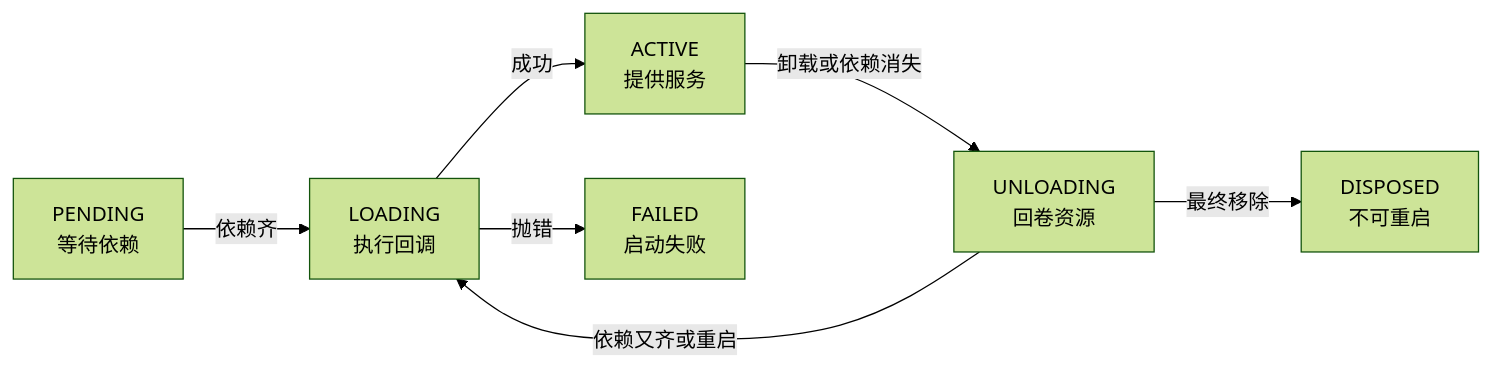
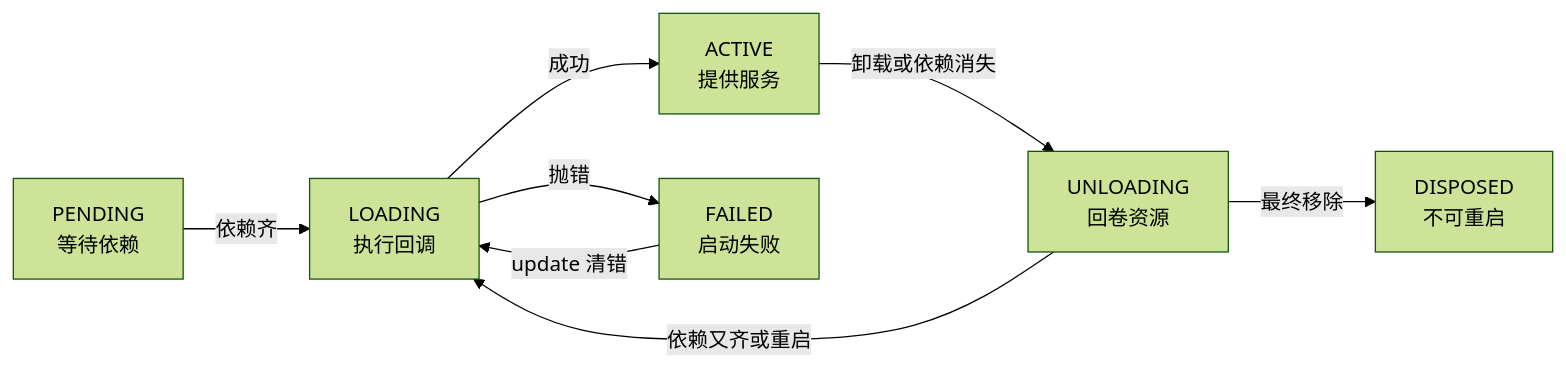
One commit to Chieko3020/Chieko3020.github.io changed diagram 11 of 16 in source/_posts/DeepSeek Harness 简析.md. Above: the diagram before and after it, drawn with Mermaid (forest theme). The commit also changed other lines of this file and 4 other files, not shown here.

Commit message:
更新：DeepSeek Harness 简析 升级到 0.2.2-rc.1（事件表、会话格式、preset、subagent 换轴），新增产品形态一节与四张配图

````diff
--- a/source/_posts/DeepSeek Harness 简析.md
+++ b/source/_posts/DeepSeek Harness 简析.md
@@ -884,9 +941,10 @@
 ```mermaid
 graph LR
     PENDING[PENDING<br/>等待依赖] -->|依赖齐| LOADING[LOADING<br/>执行回调]
     LOADING -->|成功| ACTIVE[ACTIVE<br/>提供服务]
     LOADING -->|抛错| FAILED[FAILED<br/>启动失败]
+    FAILED -->|update 清错| LOADING
     ACTIVE -->|卸载或依赖消失| UNLOADING[UNLOADING<br/>回卷资源]
     UNLOADING -->|依赖又齐或重启| LOADING
     UNLOADING -->|最终移除| DISPOSED[DISPOSED<br/>不可重启]
 ```
````
